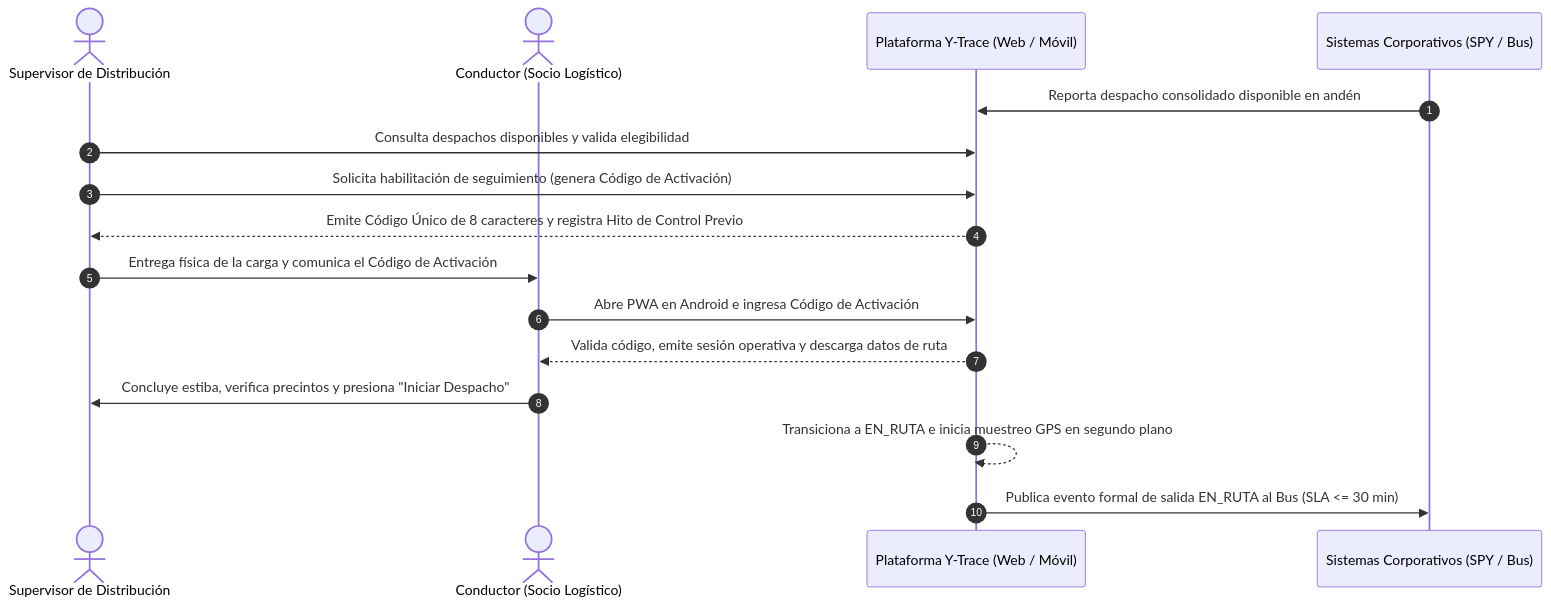
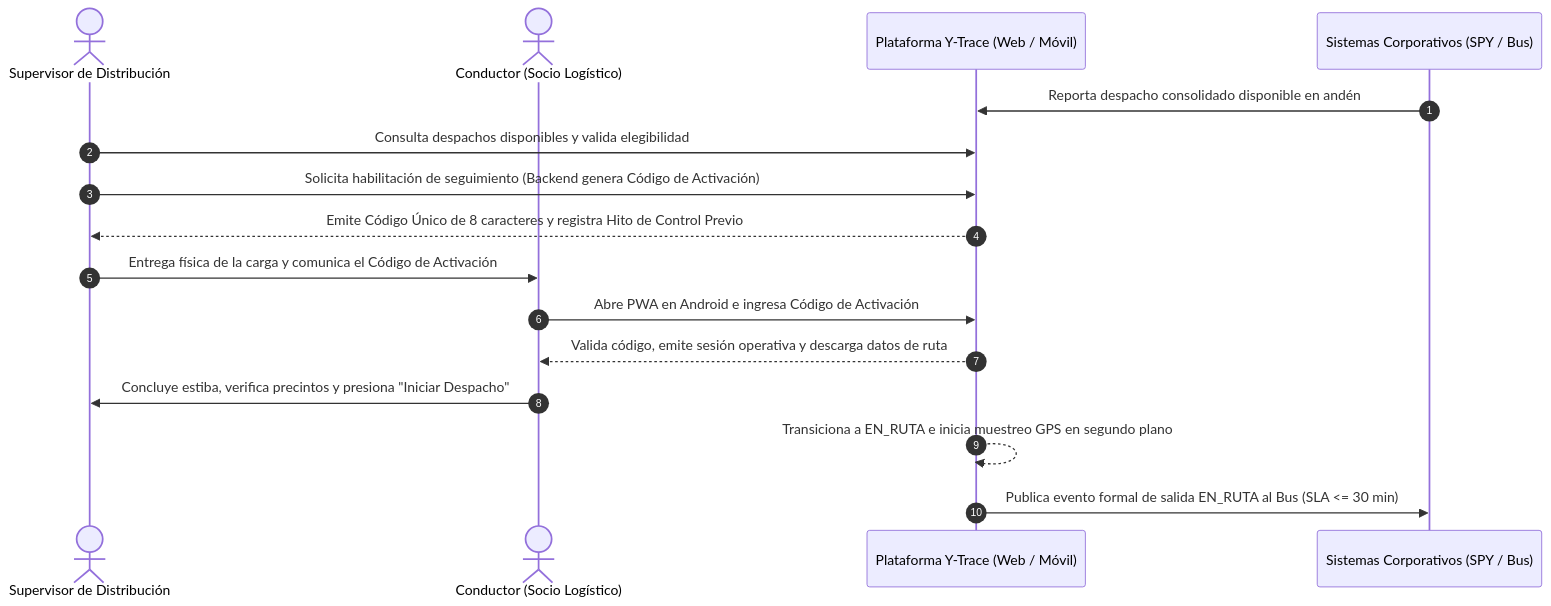
The second of 2 diagrams in Diagrama de Casos de Uso del Negocio (CUN)/02_CUN_01_DESPACHO_Y_SALIDA_CD.md (SaraviaH/arq-emp), drawn with Mermaid before and after one commit. The commit also changed 32 other files, not shown here.

Commit message:
integracion de nuevos diagramas

````diff
--- a/Diagrama de Casos de Uso del Negocio (CUN)/02_CUN_01_DESPACHO_Y_SALIDA_CD.md
+++ b/Diagrama de Casos de Uso del Negocio (CUN)/02_CUN_01_DESPACHO_Y_SALIDA_CD.md
@@ -56,19 +56,19 @@
 ```mermaid
 sequenceDiagram
     autonumber
     actor SUP as Supervisor de Distribución
     actor COND as Conductor (Socio Logístico)
     participant SIS as Plataforma Y-Trace (Web / Móvil)
     participant EXT as Sistemas Corporativos (SPY / Bus)
 
     EXT->>SIS: Reporta despacho consolidado disponible en andén
     SUP->>SIS: Consulta despachos disponibles y valida elegibilidad
-    SUP->>SIS: Solicita habilitación de seguimiento (genera Código de Activación)
+    SUP->>SIS: Solicita habilitación de seguimiento (Backend genera Código de Activación)
     SIS-->>SUP: Emite Código Único de 8 caracteres y registra Hito de Control Previo
     SUP->>COND: Entrega física de la carga y comunica el Código de Activación
     COND->>SIS: Abre PWA en Android e ingresa Código de Activación
     SIS-->>COND: Valida código, emite sesión operativa y descarga datos de ruta
     COND->>SUP: Concluye estiba, verifica precintos y presiona "Iniciar Despacho"
     SIS-->>SIS: Transiciona a EN_RUTA e inicia muestreo GPS en segundo plano
     SIS->>EXT: Publica evento formal de salida EN_RUTA al Bus (SLA <= 30 min)
 ```
````
